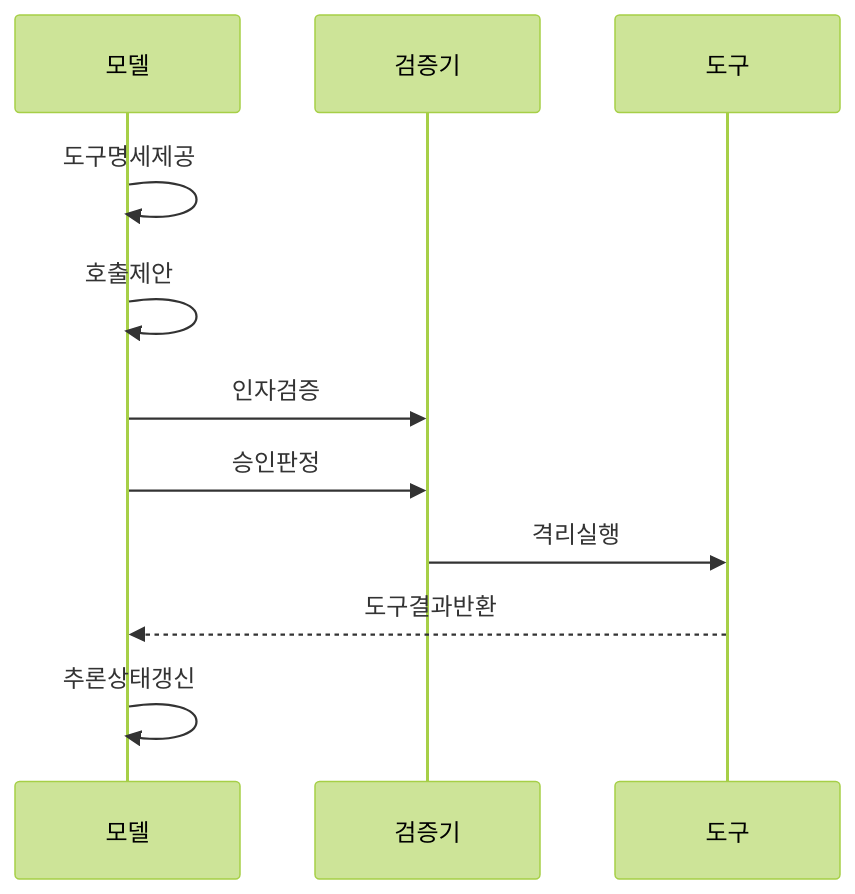
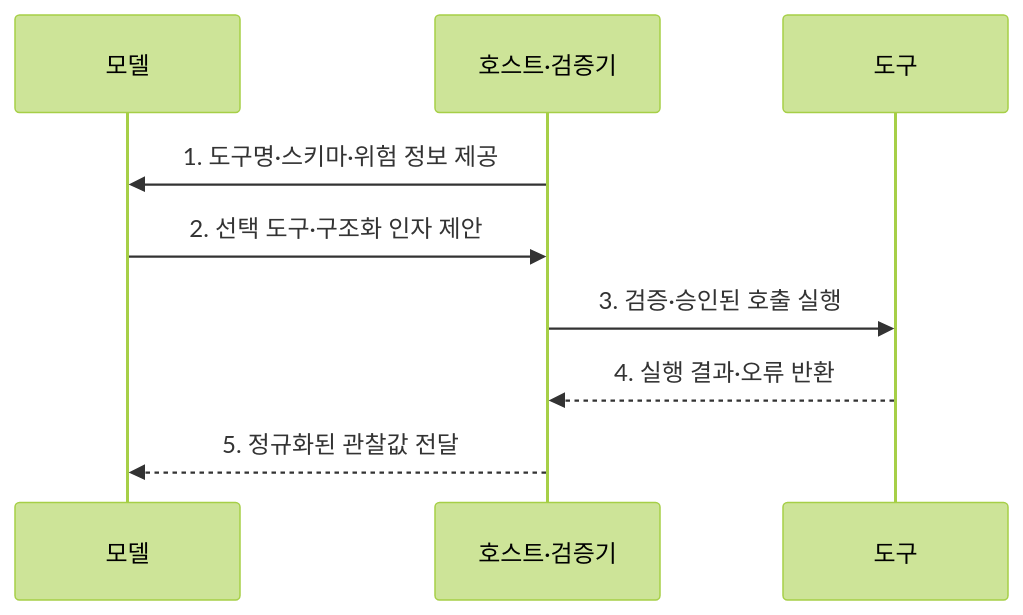
The second of 2 diagrams in src/content/docs/notes/08-latest-tech/004_tool_use.md (agnusdei1207/knowledge-base), drawn with Mermaid (forest theme) before and after one commit. The commit also changed other lines of this file and 9 other files, not shown here.

````diff
--- a/src/content/docs/notes/08-latest-tech/004_tool_use.md
+++ b/src/content/docs/notes/08-latest-tech/004_tool_use.md
@@ -68,13 +75,11 @@
 ```mermaid
 sequenceDiagram
     participant M as 모델
-    participant V as 검증기
+    participant H as 호스트·검증기
     participant T as 도구
-    M->>M: 도구명세제공
-    M->>M: 호출제안
-    M->>V: 인자검증
-    M->>V: 승인판정
-    V->>T: 격리실행
-    T-->>M: 도구결과반환
-    M->>M: 추론상태갱신
+    H->>M: 1. 도구명·스키마·위험 정보 제공
+    M->>H: 2. 선택 도구·구조화 인자 제안
+    H->>T: 3. 검증·승인된 호출 실행
+    T-->>H: 4. 실행 결과·오류 반환
+    H-->>M: 5. 정규화된 관찰값 전달
 ```
````
